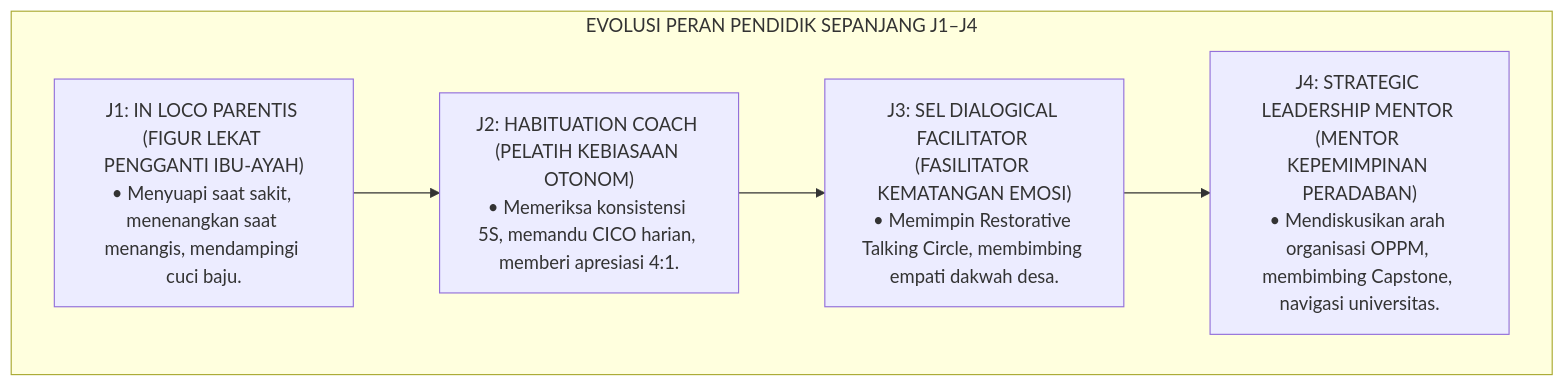
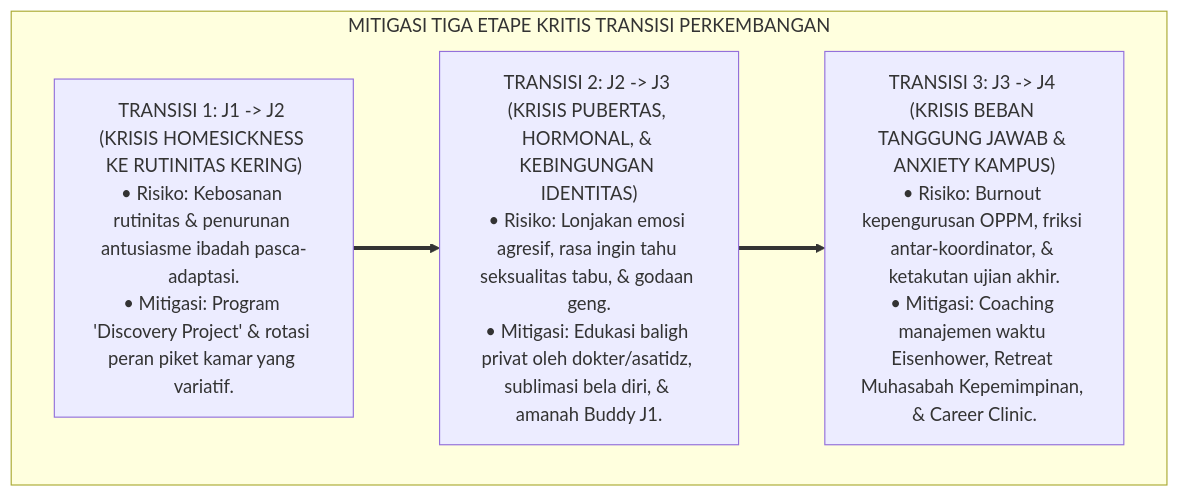
Before and after one commit to wandiapriliyandi/tumbuh: the seventh of 8 diagrams in 04 Progression Framework/02 Development Levels/P4-02-06-Matriks-Komparasi-Lintas-Jenjang-J1-J4.md, drawn with Mermaid. The commit also changed other lines of this file and 34 other files, not shown here.

````diff
--- a/04 Progression Framework/02 Development Levels/P4-02-06-Matriks-Komparasi-Lintas-Jenjang-J1-J4.md
+++ b/04 Progression Framework/02 Development Levels/P4-02-06-Matriks-Komparasi-Lintas-Jenjang-J1-J4.md
@@ -193,14 +265,12 @@
 ```mermaid
 flowchart TD
-    subgraph PergeseranPeranMusyrif["EVOLUSI PERAN PENDIDIK SEPANJANG J1–J4"]
-        P1["J1: IN LOCO PARENTIS (FIGUR LEKAT PENGGANTI IBU-AYAH)<br/>• Menyuapi saat sakit, menenangkan saat menangis, mendampingi cuci baju."]
+    subgraph DinamikaTransisiTUMBUH["MITIGASI TIGA ETAPE KRITIS TRANSISI PERKEMBANGAN"]
+        T1["TRANSISI 1: J1 -> J2 (KRISIS HOMESICKNESS KE RUTINITAS KERING)<br/>• Risiko: Kebosanan rutinitas & penurunan antusiasme ibadah pasca-adaptasi.<br/>• Mitigasi: Program 'Discovery Project' & rotasi peran piket kamar yang variatif."]
         
-        P2["J2: HABITUATION COACH (PELATIH KEBIASAAN OTONOM)<br/>• Memeriksa konsistensi 5S, memandu CICO harian, memberi apresiasi 4:1."]
+        T2["TRANSISI 2: J2 -> J3 (KRISIS PUBERTAS, HORMONAL, & KEBINGUNGAN IDENTITAS)<br/>• Risiko: Lonjakan emosi agresif, rasa ingin tahu seksualitas tabu, & godaan geng.<br/>• Mitigasi: Edukasi baligh privat oleh dokter/asatidz, sublimasi bela diri, & amanah Buddy J1."]
         
-        P3["J3: SEL DIALOGICAL FACILITATOR (FASILITATOR KEMATANGAN EMOSI)<br/>• Memimpin Restorative Talking Circle, membimbing empati dakwah desa."]
+        T3["TRANSISI 3: J3 -> J4 (KRISIS BEBAN TANGGUNG JAWAB & ANXIETY KAMPUS)<br/>• Risiko: Burnout kepengurusan OPPM, friksi antar-koordinator, & ketakutan ujian akhir.<br/>• Mitigasi: Coaching manajemen waktu Eisenhower, Retreat Muhasabah Kepemimpinan, & Career Clinic."]
         
-        P4["J4: STRATEGIC LEADERSHIP MENTOR (MENTOR KEPEMIMPINAN PERADABAN)<br/>• Mendiskusikan arah organisasi OPPM, membimbing Capstone, navigasi universitas."]
-        
-        P1 --> P2 --> P3 --> P4
+        T1 ==> T2 ==> T3
     end
 ```
````
